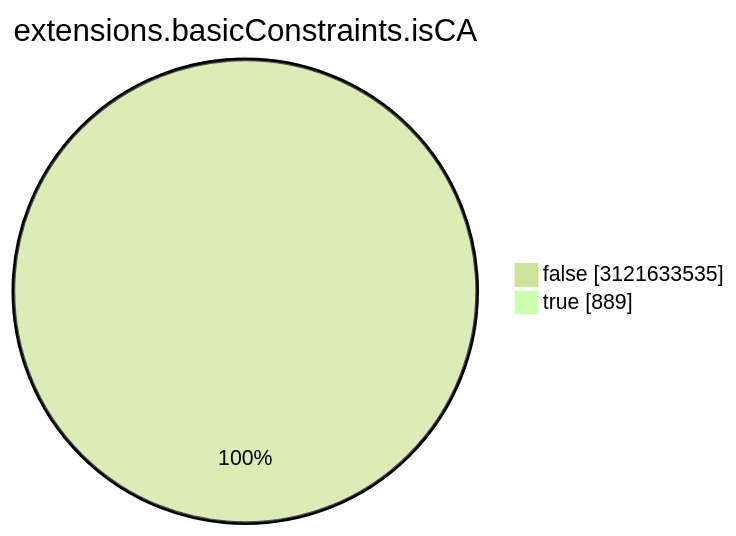
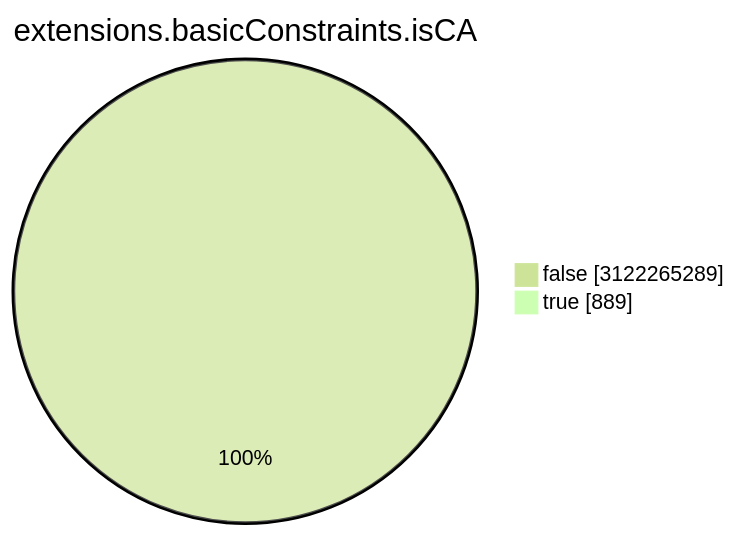
Before and after one commit to christiankrug/ctmonitor_visualization: the seventh of 15 diagrams in TOTAL/README.md, drawn with Mermaid (forest theme). The commit also changed other lines of this file, not shown here.

````diff
--- a/TOTAL/README.md
+++ b/TOTAL/README.md
@@ -3088,6 +3088,6 @@
 ```mermaid
 pie showData
 title extensions.basicConstraints.isCA
-"false" :3121633535
+"false" :3122265289
 "true" :889
 ```
````
